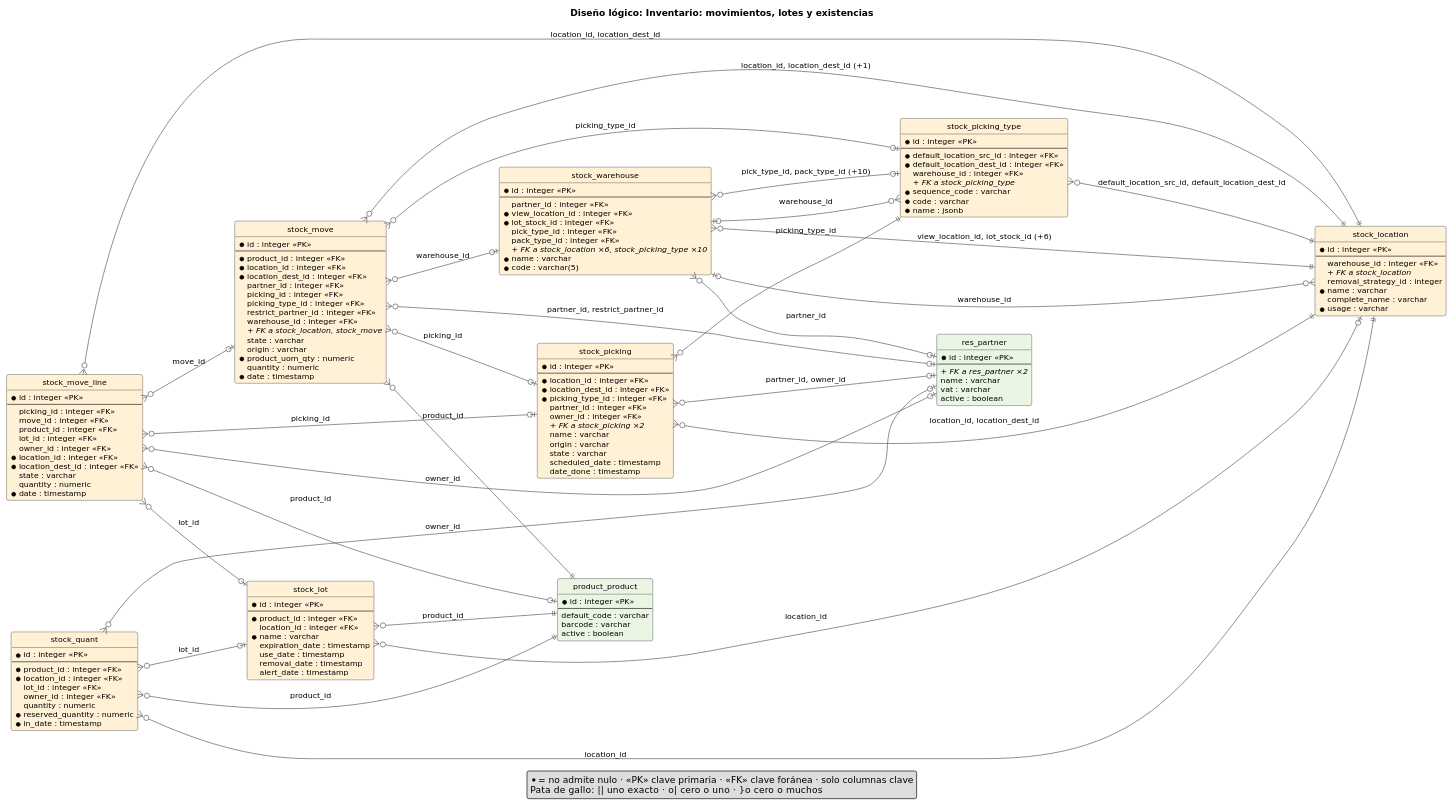
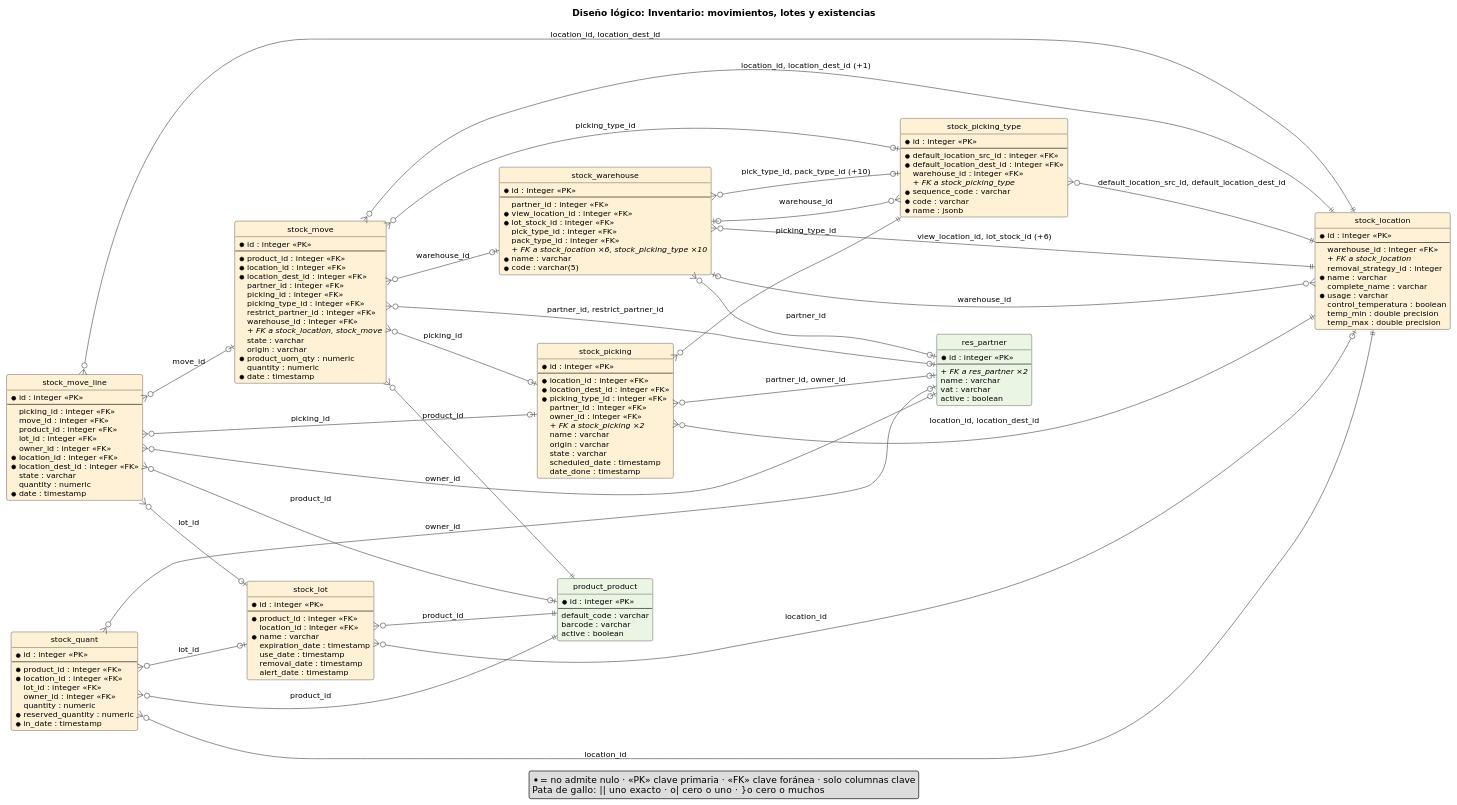
One commit to orlando572/erp-donofrio changed the diagram in docs/diagramas/er/logico_inventario.puml. Above: the diagram before and after it, drawn with PlantUML. The commit also changed 38 other files, not shown here.

```diff
--- a/docs/diagramas/er/logico_inventario.puml
+++ b/docs/diagramas/er/logico_inventario.puml
@@ -1,171 +1,174 @@
 @startuml logico_inventario
 ' Generado por scripts/diagrama_er.py desde la BD real; no se edita a mano (ver docs/diagramas/README.md).
 title Diseño lógico: Inventario: movimientos, lotes y existencias
 hide circle
 hide empty methods
 left to right direction
 skinparam shadowing false
 skinparam defaultFontName DejaVu Sans
 skinparam defaultFontSize 12
 skinparam roundCorner 6
 skinparam ArrowColor #555555
 skinparam entity {
   BorderColor #444444
   BackgroundColor #FFFFFF
 }
 skinparam package {
   BorderColor #888888
   FontStyle bold
 }
 skinparam nodesep 30
 skinparam ranksep 90
 
 entity "stock_warehouse" as stock_warehouse #FFF1D6 {
   * id : integer <<PK>>
   --
   partner_id : integer <<FK>>
   * view_location_id : integer <<FK>>
   * lot_stock_id : integer <<FK>>
   pick_type_id : integer <<FK>>
   pack_type_id : integer <<FK>>
   <i>+ FK a stock_location ×6, stock_picking_type ×10</i>
   * name : varchar
   * code : varchar(5)
 }
 entity "stock_location" as stock_location #FFF1D6 {
   * id : integer <<PK>>
   --
   warehouse_id : integer <<FK>>
   <i>+ FK a stock_location</i>
   removal_strategy_id : integer
   * name : varchar
   complete_name : varchar
   * usage : varchar
+  control_temperatura : boolean
+  temp_min : double precision
+  temp_max : double precision
 }
 entity "stock_picking_type" as stock_picking_type #FFF1D6 {
   * id : integer <<PK>>
   --
   * default_location_src_id : integer <<FK>>
   * default_location_dest_id : integer <<FK>>
   warehouse_id : integer <<FK>>
   <i>+ FK a stock_picking_type</i>
   * sequence_code : varchar
   * code : varchar
   * name : jsonb
 }
 entity "stock_picking" as stock_picking #FFF1D6 {
   * id : integer <<PK>>
   --
   * location_id : integer <<FK>>
   * location_dest_id : integer <<FK>>
   * picking_type_id : integer <<FK>>
   partner_id : integer <<FK>>
   owner_id : integer <<FK>>
   <i>+ FK a stock_picking ×2</i>
   name : varchar
   origin : varchar
   state : varchar
   scheduled_date : timestamp
   date_done : timestamp
 }
 entity "stock_move" as stock_move #FFF1D6 {
   * id : integer <<PK>>
   --
   * product_id : integer <<FK>>
   * location_id : integer <<FK>>
   * location_dest_id : integer <<FK>>
   partner_id : integer <<FK>>
   picking_id : integer <<FK>>
   picking_type_id : integer <<FK>>
   restrict_partner_id : integer <<FK>>
   warehouse_id : integer <<FK>>
   <i>+ FK a stock_location, stock_move</i>
   state : varchar
   origin : varchar
   * product_uom_qty : numeric
   quantity : numeric
   * date : timestamp
 }
 entity "stock_move_line" as stock_move_line #FFF1D6 {
   * id : integer <<PK>>
   --
   picking_id : integer <<FK>>
   move_id : integer <<FK>>
   product_id : integer <<FK>>
   lot_id : integer <<FK>>
   owner_id : integer <<FK>>
   * location_id : integer <<FK>>
   * location_dest_id : integer <<FK>>
   state : varchar
   quantity : numeric
   * date : timestamp
 }
 entity "stock_lot" as stock_lot #FFF1D6 {
   * id : integer <<PK>>
   --
   * product_id : integer <<FK>>
   location_id : integer <<FK>>
   * name : varchar
   expiration_date : timestamp
   use_date : timestamp
   removal_date : timestamp
   alert_date : timestamp
 }
 entity "stock_quant" as stock_quant #FFF1D6 {
   * id : integer <<PK>>
   --
   * product_id : integer <<FK>>
   * location_id : integer <<FK>>
   lot_id : integer <<FK>>
   owner_id : integer <<FK>>
   quantity : numeric
   * reserved_quantity : numeric
   * in_date : timestamp
 }
 entity "product_product" as product_product #EAF5E4 {
   * id : integer <<PK>>
   --
   default_code : varchar
   barcode : varchar
   active : boolean
 }
 entity "res_partner" as res_partner #EAF5E4 {
   * id : integer <<PK>>
   --
   <i>+ FK a res_partner ×2</i>
   name : varchar
   vat : varchar
   active : boolean
 }
 stock_warehouse }o--o| res_partner : partner_id
 stock_warehouse }o--|| stock_location : view_location_id, lot_stock_id (+6)
 stock_warehouse }o--o| stock_picking_type : pick_type_id, pack_type_id (+10)
 stock_location }o--o| stock_warehouse : warehouse_id
 stock_picking_type }o--|| stock_location : default_location_src_id, default_location_dest_id
 stock_picking_type }o--o| stock_warehouse : warehouse_id
 stock_picking }o--|| stock_location : location_id, location_dest_id
 stock_picking }o--|| stock_picking_type : picking_type_id
 stock_picking }o--o| res_partner : partner_id, owner_id
 stock_move }o--|| product_product : product_id
 stock_move }o--|| stock_location : location_id, location_dest_id (+1)
 stock_move }o--o| res_partner : partner_id, restrict_partner_id
 stock_move }o--o| stock_picking : picking_id
 stock_move }o--o| stock_picking_type : picking_type_id
 stock_move }o--o| stock_warehouse : warehouse_id
 stock_move_line }o--o| stock_picking : picking_id
 stock_move_line }o--o| stock_move : move_id
 stock_move_line }o--o| product_product : product_id
 stock_move_line }o--o| stock_lot : lot_id
 stock_move_line }o--o| res_partner : owner_id
 stock_move_line }o--|| stock_location : location_id, location_dest_id
 stock_lot }o--|| product_product : product_id
 stock_lot }o--o| stock_location : location_id
 stock_quant }o--|| product_product : product_id
 stock_quant }o--|| stock_location : location_id
 stock_quant }o--o| stock_lot : lot_id
 stock_quant }o--o| res_partner : owner_id
 legend bottom
   * = no admite nulo · <<PK>> clave primaria · <<FK>> clave foránea · solo columnas clave
   Pata de gallo: ||  uno exacto · o|  cero o uno · }o  cero o muchos
 endlegend
 @enduml
```
